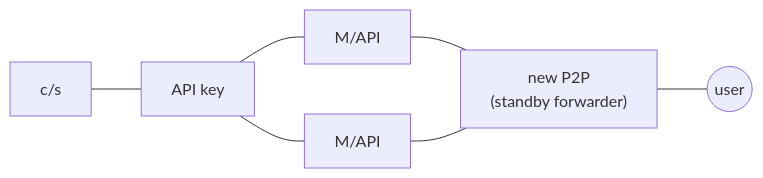
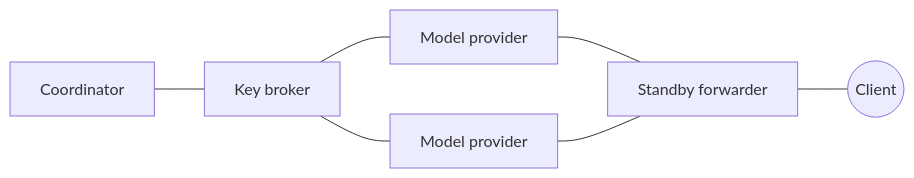
The third of 3 diagrams in inference/README.md (Larrydev-cpp/secdogie), drawn with Mermaid before and after one commit. The commit also changed other lines of this file and 4 other files, not shown here.

````diff
--- a/inference/README.md
+++ b/inference/README.md
@@ -100,9 +130,9 @@
 ```mermaid
 flowchart LR
-  CS["c/s"] --- K["API key"]
-  K --- L["M/API"]
-  K --- R["M/API"]
-  L --- N["new P2P<br/>(standby forwarder)"]
+  CS["Coordinator"] --- K["Key broker"]
+  K --- L["Model provider"]
+  K --- R["Model provider"]
+  L --- N["Standby forwarder"]
   R --- N
-  N --- U((user))
+  N --- U((Client))
 ```
````
